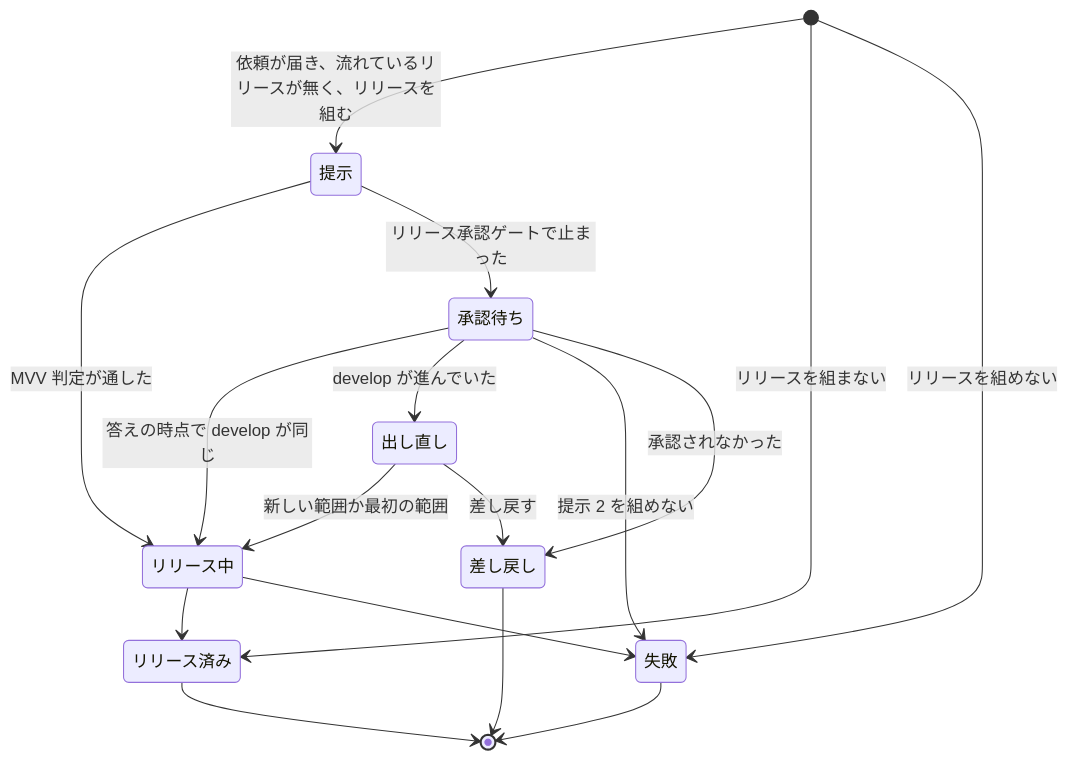
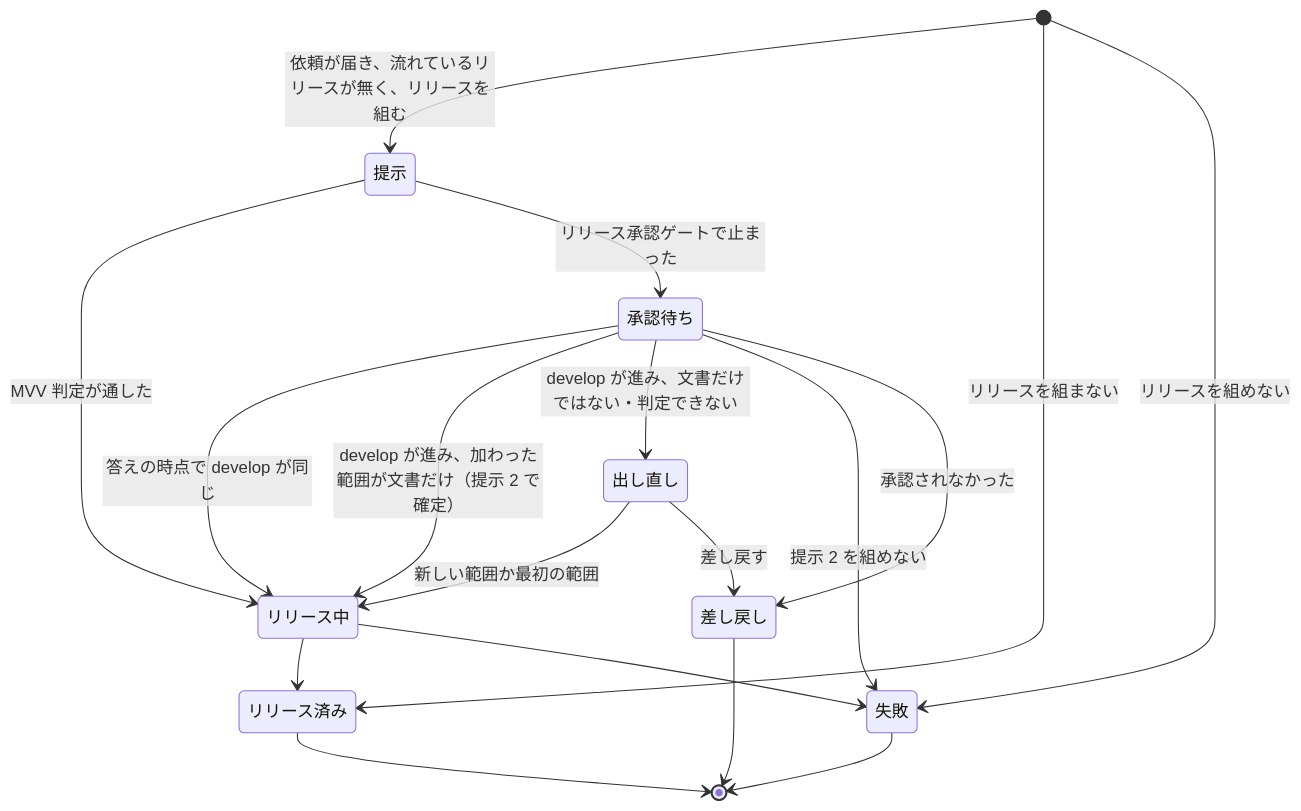
One commit to devbasex/ai-plugins changed the second of 2 diagrams in docs/specifications/ndf-parallel-organizer.md. Above: the diagram before and after it, drawn with Mermaid. The commit also changed other lines of this file and 1 other file, not shown here.

````diff
--- a/docs/specifications/ndf-parallel-organizer.md
+++ b/docs/specifications/ndf-parallel-organizer.md
@@ -208,19 +210,20 @@
 ```mermaid
 stateDiagram-v2
     [*] --> 提示: 依頼が届き、流れているリリースが無く、リリースを組む
     [*] --> リリース済み: リリースを組まない
     [*] --> 失敗: リリースを組めない
     提示 --> リリース中: MVV 判定が通した
     提示 --> 承認待ち: リリース承認ゲートで止まった
     承認待ち --> リリース中: 答えの時点で develop が同じ
-    承認待ち --> 出し直し: develop が進んでいた
+    承認待ち --> リリース中: develop が進み、加わった範囲が文書だけ（提示 2 で確定）
+    承認待ち --> 出し直し: develop が進み、文書だけではない・判定できない
     出し直し --> リリース中: 新しい範囲か最初の範囲
     承認待ち --> 失敗: 提示 2 を組めない
     承認待ち --> 差し戻し: 承認されなかった
     出し直し --> 差し戻し: 差し戻す
     リリース中 --> リリース済み
     リリース中 --> 失敗
     リリース済み --> [*]
     差し戻し --> [*]
     失敗 --> [*]
 ```
````
